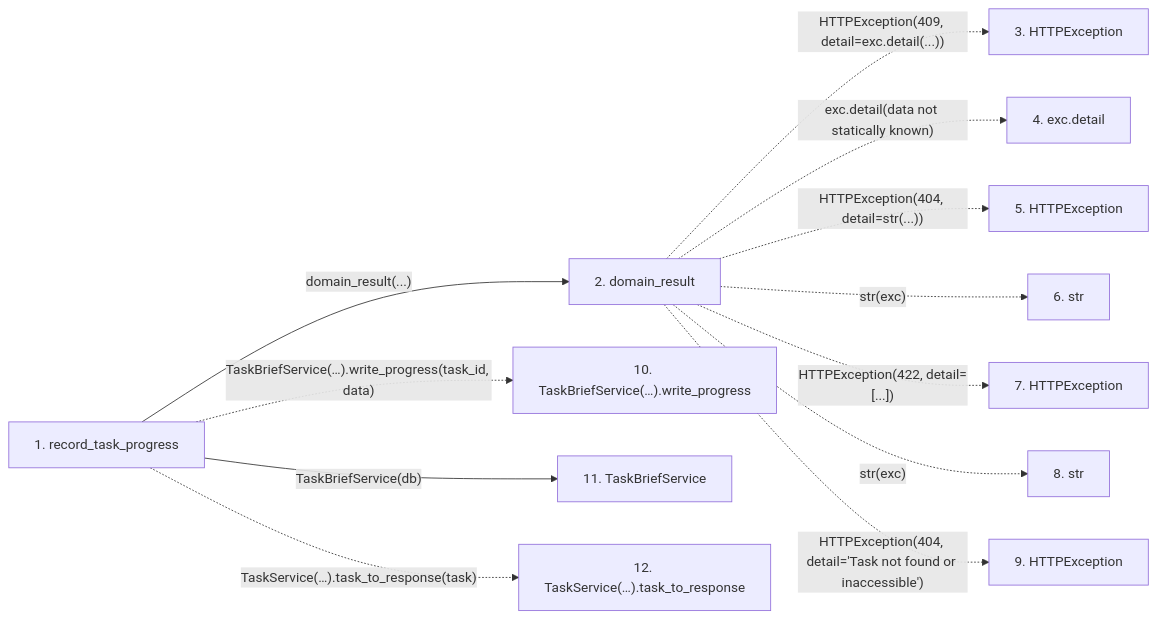
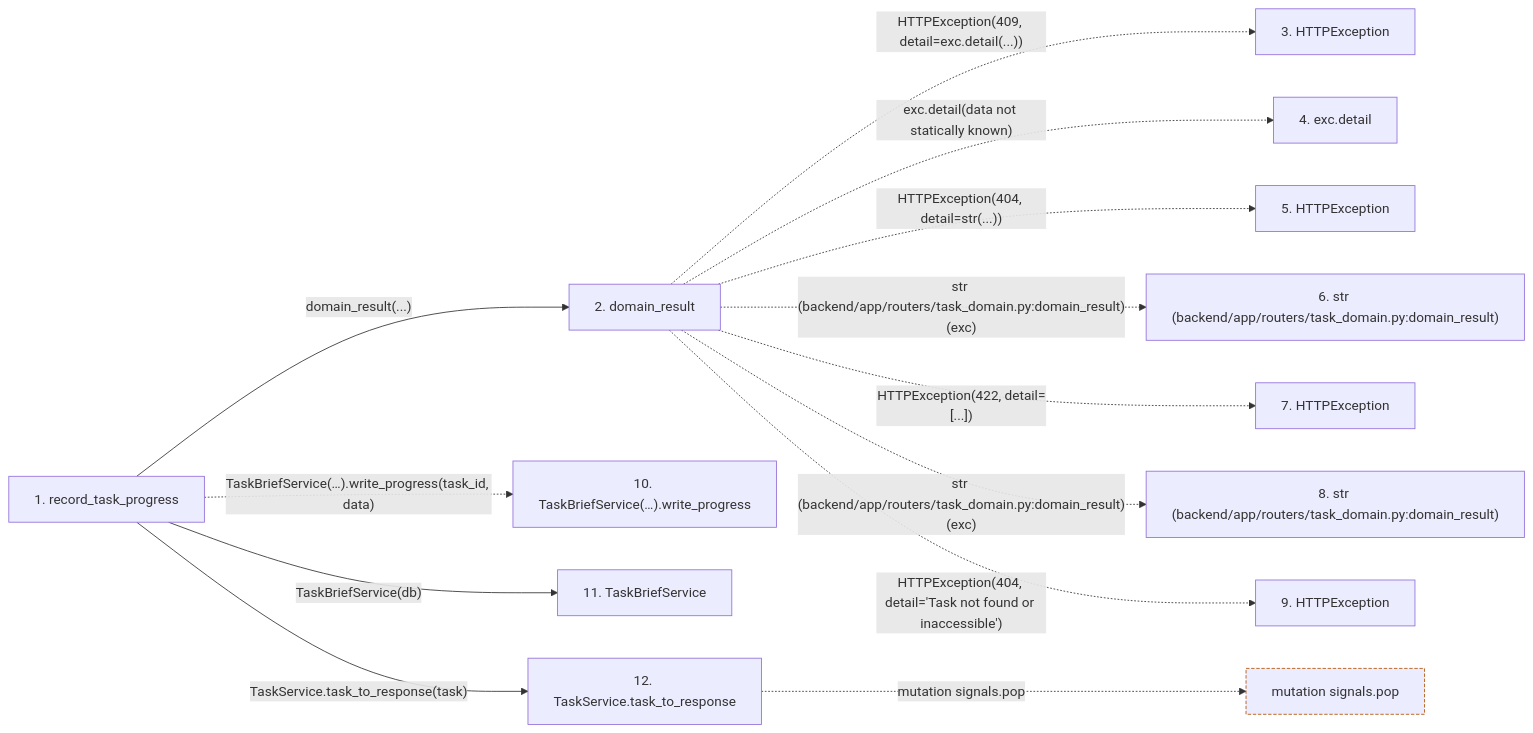
The second of 2 diagrams in docs/llm_wiki/flows/http-record_task_progress.md (Denissvgn/WorkChord), drawn with Mermaid before and after one commit. The commit also changed other lines of this file and 25171 other files, not shown here.

````diff
--- a/docs/llm_wiki/flows/http-record_task_progress.md
+++ b/docs/llm_wiki/flows/http-record_task_progress.md
@@ -38,29 +139,34 @@
 ```mermaid
 flowchart LR
     s1["1. record_task_progress"]
     s2["2. domain_result"]
     s3["3. HTTPException"]
     s4["4. exc.detail"]
     s5["5. HTTPException"]
-    s6["6. str"]
+    s6["6. str (backend/app/routers/task_domain.py:domain_result)"]
     s7["7. HTTPException"]
-    s8["8. str"]
+    s8["8. str (backend/app/routers/task_domain.py:domain_result)"]
     s9["9. HTTPException"]
     s10["10. TaskBriefService(…).write_progress"]
     s11["11. TaskBriefService"]
-    s12["12. TaskService(…).task_to_response"]
+    s12["12. TaskService.task_to_response"]
     s1 -->|"domain_result(...)"| s2
     s2 -. "HTTPException(409, detail=exc.detail(...))" .-> s3
     s2 -. "exc.detail(data not statically known)" .-> s4
     s2 -. "HTTPException(404, detail=str(...))" .-> s5
-    s2 -. "str(exc)" .-> s6
+    s2 -. "str (backend/app/routers/task_domain.py:domain_result)(exc)" .-> s6
     s2 -. "HTTPException(422, detail=[...])" .-> s7
-    s2 -. "str(exc)" .-> s8
+    s2 -. "str (backend/app/routers/task_domain.py:domain_result)(exc)" .-> s8
     s2 -. "HTTPException(404, detail='Task not found or inaccessible')" .-> s9
     s1 -. "TaskBriefService(…).write_progress(task_id, data)" .-> s10
     s1 -->|"TaskBriefService(db)"| s11
-    s1 -. "TaskService(…).task_to_response(task)" .-> s12
+    s1 -->|"TaskService.task_to_response(task)"| s12
+    b0["mutation signals.pop"]
+    s12 -. "mutation signals.pop" .-> b0
     click s1 "../modules/routers_task_domain.md"
     click s2 "../modules/routers_task_domain.md"
     click s11 "../modules/task_brief_service.md"
+    click s12 "../modules/task_service.md"
+    classDef boundary stroke:#b45309,stroke-dasharray: 4 2
+    class b0 boundary
 ```
````
